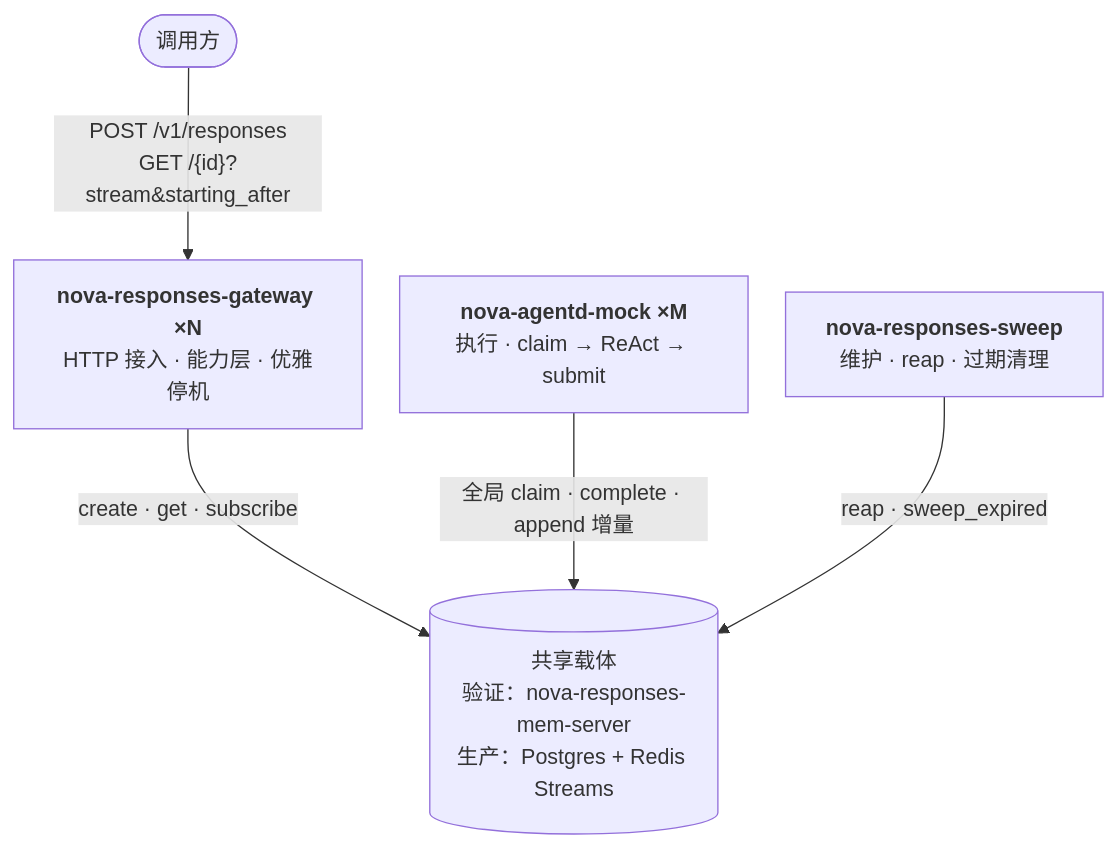
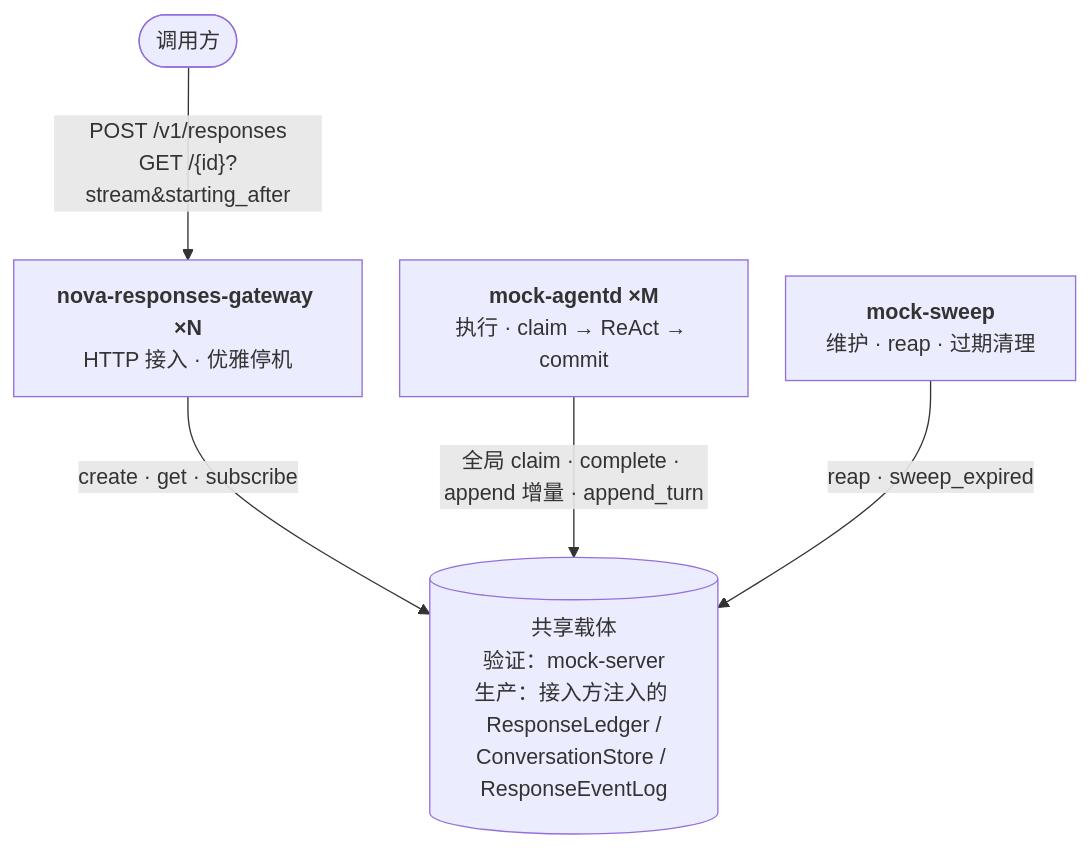
One commit to charleslyh/nova-chat changed the diagram in docs/architecture/README.md. Above: the diagram before and after it, drawn with Mermaid. The commit also changed other lines of this file and 58 other files, not shown here.

First line of the commit message:
refactor(responses): split storage per D30 — responses on event stream, conversation holds durable snapshot

````diff
--- a/docs/architecture/README.md
+++ b/docs/architecture/README.md
@@ -11,12 +11,12 @@
 ```mermaid
 %%{init: {"flowchart": {"curve": "basis", "rankSpacing": 72, "nodeSpacing": 28}}}%%
 flowchart TB
-    client(["调用方"]) -->|"POST /v1/responses<br/>GET /{id}?stream&starting_after"| gw["<b>nova-responses-gateway ×N</b><br/>HTTP 接入 · 能力层 · 优雅停机"]
-    agentd["<b>nova-agentd-mock ×M</b><br/>执行 · claim → ReAct → submit"]
-    sweep["<b>nova-responses-sweep</b><br/>维护 · reap · 过期清理"]
-    carrier[("共享载体<br/>验证：nova-responses-mem-server<br/>生产：Postgres + Redis Streams")]
+    client(["调用方"]) -->|"POST /v1/responses<br/>GET /{id}?stream&starting_after"| gw["<b>nova-responses-gateway ×N</b><br/>HTTP 接入 · 优雅停机"]
+    agentd["<b>mock-agentd ×M</b><br/>执行 · claim → ReAct → commit"]
+    sweep["<b>mock-sweep</b><br/>维护 · reap · 过期清理"]
+    carrier[("共享载体<br/>验证：mock-server<br/>生产：接入方注入的 ResponseLedger /<br/>ConversationStore / ResponseEventLog")]
 
     gw -->|"create · get · subscribe"| carrier
-    agentd -->|"全局 claim · complete · append 增量"| carrier
+    agentd -->|"全局 claim · complete · append 增量 · append_turn"| carrier
     sweep -->|"reap · sweep_expired"| carrier
 ```
````
